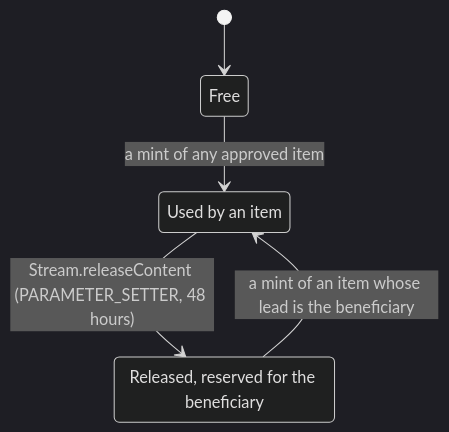
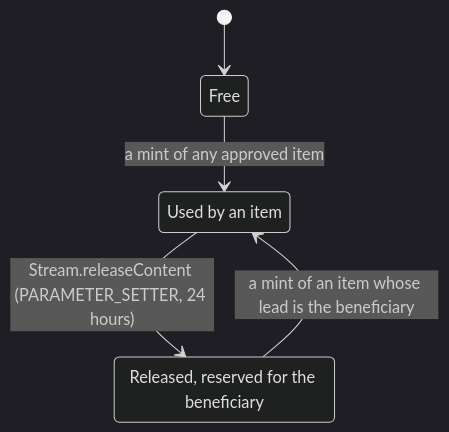
One commit to 6529-Collections/6529-works changed the second of 8 diagrams in docs/spec/curation.md. Above: the diagram before and after it, drawn with Mermaid (dark theme). The commit also changed other lines of this file and 352 other files, not shown here.

````diff
--- a/docs/spec/curation.md
+++ b/docs/spec/curation.md
@@ -183,10 +192,10 @@
 ```mermaid
 stateDiagram-v2
     state "Free" as Free
     state "Used by an item" as Used
     state "Released, reserved for the beneficiary" as Released
     [*] --> Free
     Free --> Used : a mint of any approved item
-    Used --> Released : Stream.releaseContent (PARAMETER_SETTER, 48 hours)
+    Used --> Released : Stream.releaseContent (PARAMETER_SETTER, 24 hours)
     Released --> Used : a mint of an item whose lead is the beneficiary
 ```
````
